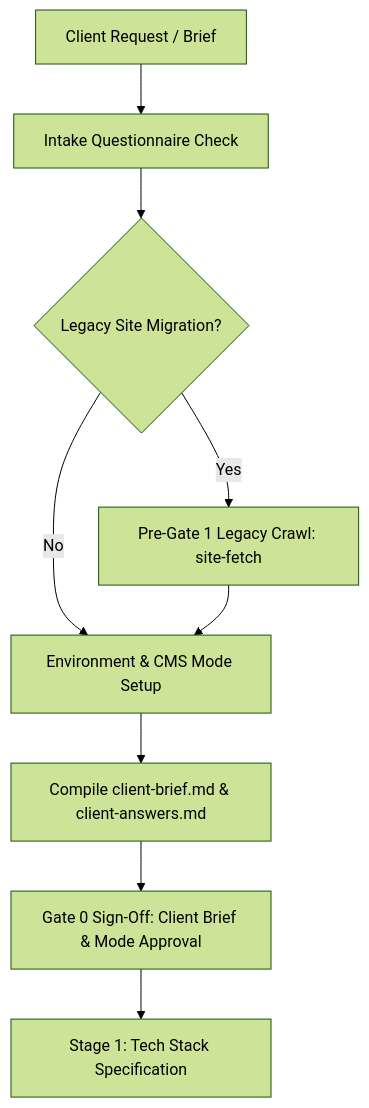
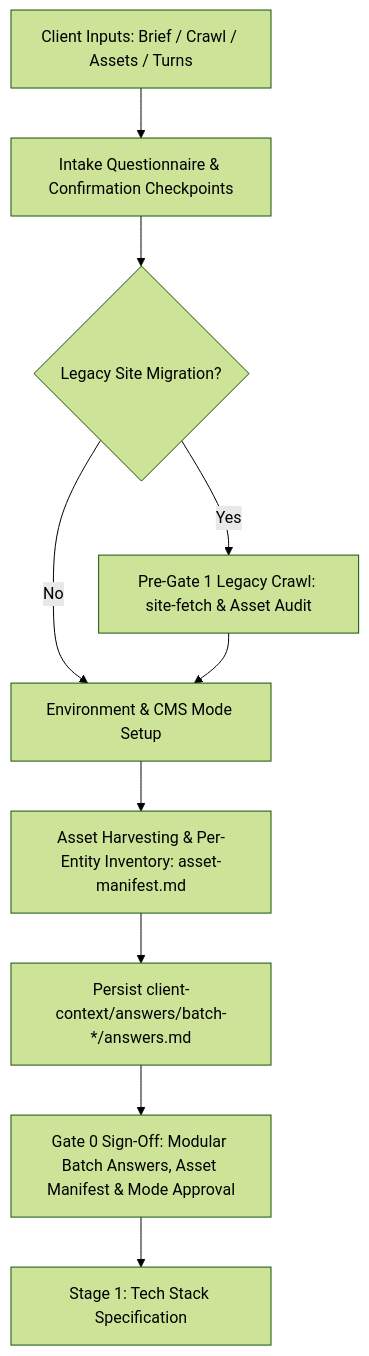
The diagram in skills/create-nww-website/references/gate-0-intake/SKILL.md (devanshdeveloper/skills-by-devansh), drawn with Mermaid (forest theme) before and after one commit. The commit also changed other lines of this file and 31 other files, not shown here.

````diff
--- a/skills/create-nww-website/references/gate-0-intake/SKILL.md
+++ b/skills/create-nww-website/references/gate-0-intake/SKILL.md
@@ -7,11 +7,12 @@
 ```mermaid
 graph TD
-    A[Client Request / Brief] --> B[Intake Questionnaire Check]
+    A[Client Inputs: Brief / Crawl / Assets / Turns] --> B[Intake Questionnaire & Confirmation Checkpoints]
     B --> C{Legacy Site Migration?}
-    C -- Yes --> D[Pre-Gate 1 Legacy Crawl: site-fetch]
+    C -- Yes --> D[Pre-Gate 1 Legacy Crawl: site-fetch & Asset Audit]
     C -- No --> E[Environment & CMS Mode Setup]
     D --> E
-    E --> F[Compile client-brief.md & client-answers.md]
-    F --> G[Gate 0 Sign-Off: Client Brief & Mode Approval]
-    G --> H[Stage 1: Tech Stack Specification]
+    E --> F[Asset Harvesting & Per-Entity Inventory: asset-manifest.md]
+    F --> G[Persist client-context/answers/batch-*/answers.md]
+    G --> H[Gate 0 Sign-Off: Modular Batch Answers, Asset Manifest & Mode Approval]
+    H --> I[Stage 1: Tech Stack Specification]
 ```
````
